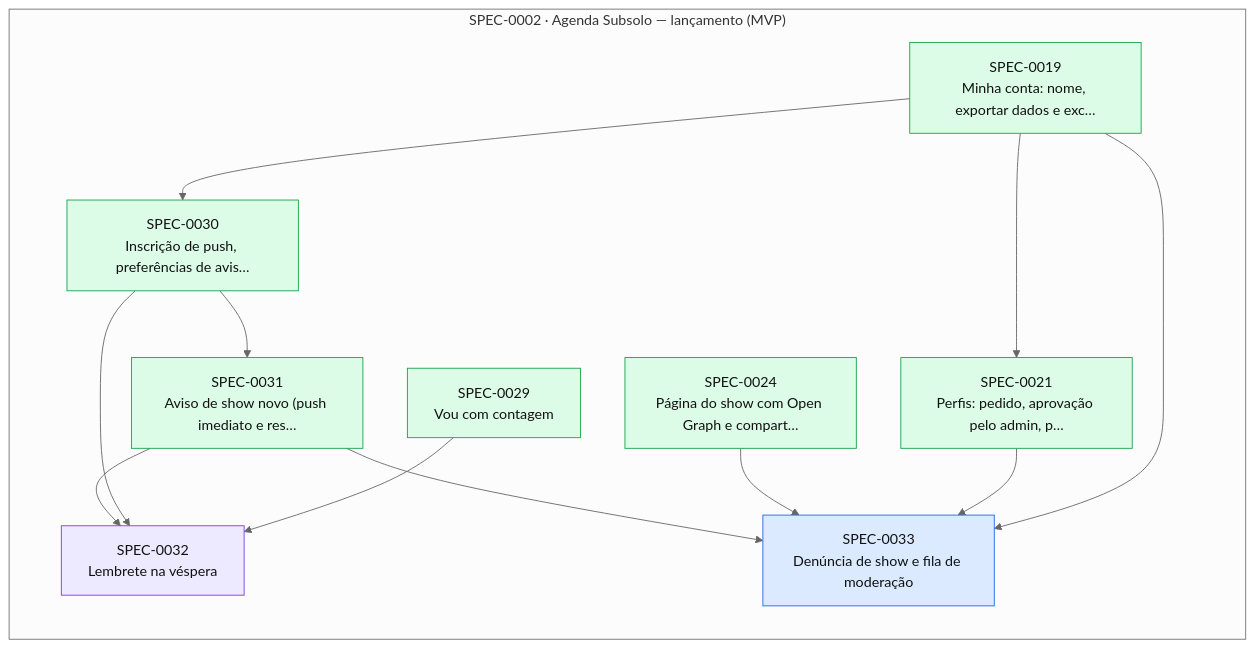
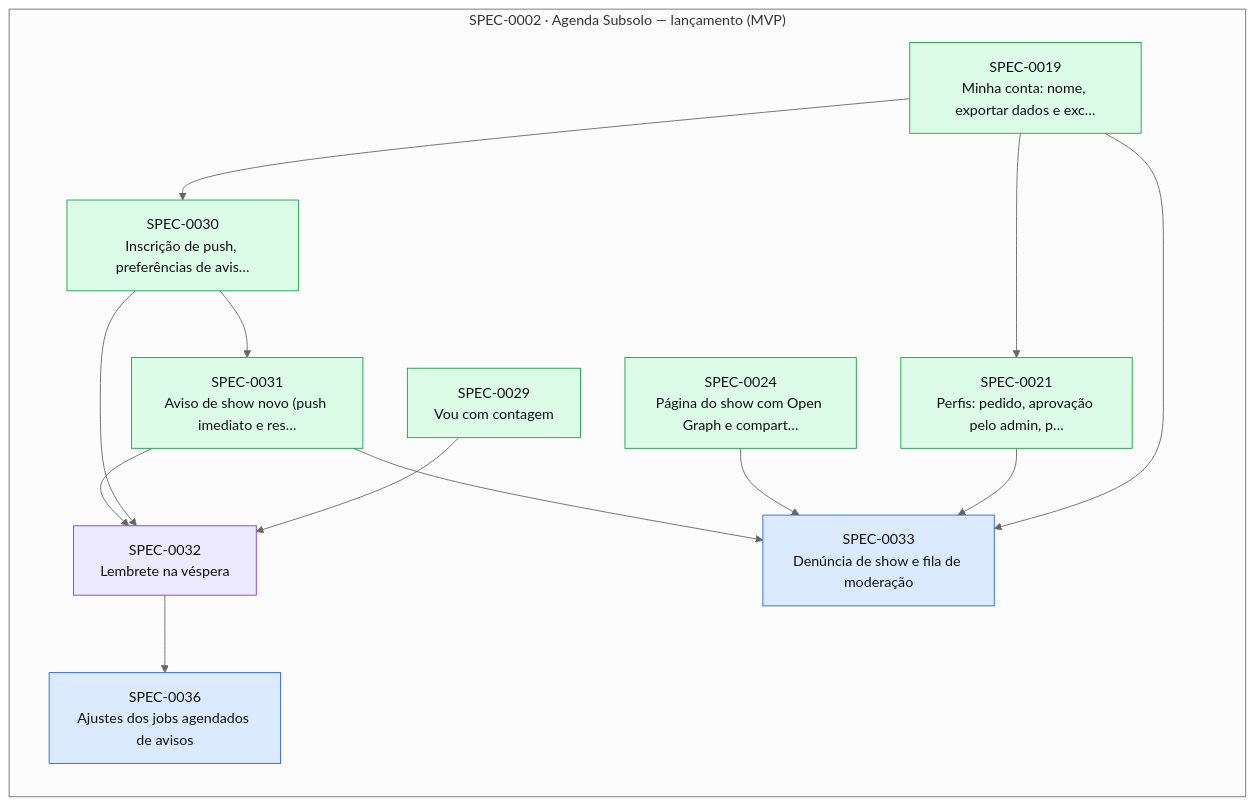
One commit to thomasravache/subsolo changed the diagram in docs/specs/INDEX.md. Above: the diagram before and after it, drawn with Mermaid (neutral theme). The commit also changed other lines of this file and 2 other files, not shown here.

First line of the commit message:
docs(sdd): record G4 for SPEC-0032 and open SPEC-0036 for its minor items

````diff
--- a/docs/specs/INDEX.md
+++ b/docs/specs/INDEX.md
@@ -67,28 +68,30 @@
 ```mermaid
 flowchart LR
   subgraph E0002["SPEC-0002 · Agenda Subsolo — lançamento (MVP)"]
     S0019["SPEC-0019<br/>Minha conta: nome, exportar dados e exc…"]:::implemented
     S0021["SPEC-0021<br/>Perfis: pedido, aprovação pelo admin, p…"]:::implemented
     S0024["SPEC-0024<br/>Página do show com Open Graph e compart…"]:::implemented
     S0029["SPEC-0029<br/>Vou com contagem"]:::implemented
     S0030["SPEC-0030<br/>Inscrição de push, preferências de avis…"]:::implemented
     S0031["SPEC-0031<br/>Aviso de show novo (push imediato e res…"]:::implemented
     S0032["SPEC-0032<br/>Lembrete na véspera"]:::inprogress
     S0033["SPEC-0033<br/>Denúncia de show e fila de moderação"]:::approved
+    S0036["SPEC-0036<br/>Ajustes dos jobs agendados de avisos"]:::approved
   end
   S0019 --> S0021
   S0019 --> S0030
   S0030 --> S0031
   S0029 --> S0032
   S0030 --> S0032
   S0031 --> S0032
   S0019 --> S0033
   S0021 --> S0033
   S0024 --> S0033
   S0031 --> S0033
+  S0032 --> S0036
   classDef proposed fill:#fef3c7,stroke:#d97706,color:#111
   classDef approved fill:#dbeafe,stroke:#2563eb,color:#111
   classDef inprogress fill:#ede9fe,stroke:#7c3aed,color:#111
   classDef implemented fill:#dcfce7,stroke:#16a34a,color:#111
   classDef deprecated fill:#f3f4f6,stroke:#9ca3af,color:#6b7280
 ```
````
